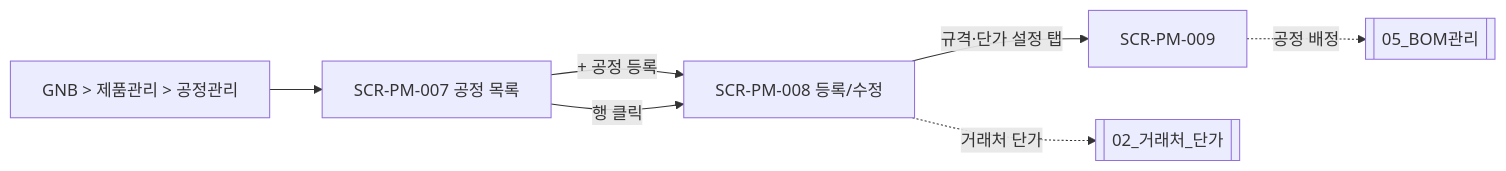
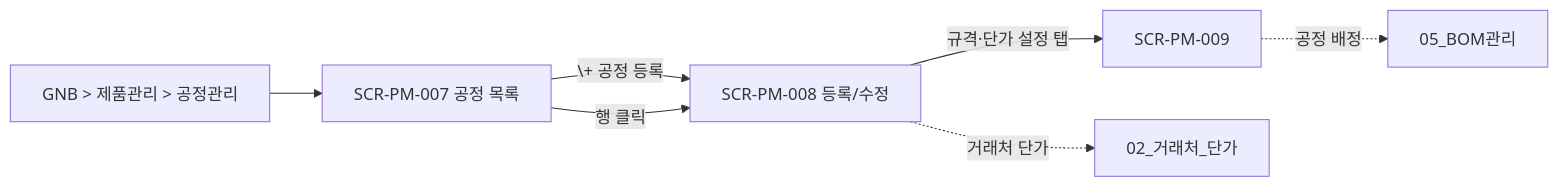
Before and after one commit to team-codecraft/wims2.0: the diagram in docs/3_DE(설계)/DE22-1_화면설계서/sections/03_공정관리.md, drawn with Mermaid. The commit also changed 10 other files, not shown here.

First line of the commit message:
chore: 잡동사니 변경 모음 — Mermaid 문법 수정, editor/package 설정, poc-mermaid 추가

````diff
--- a/docs/3_DE(설계)/DE22-1_화면설계서/sections/03_공정관리.md
+++ b/docs/3_DE(설계)/DE22-1_화면설계서/sections/03_공정관리.md
@@ -31,9 +31,9 @@
 ```mermaid
 flowchart LR
-  GNB[GNB > 제품관리 > 공정관리] --> L[SCR-PM-007 공정 목록]
-  L -->|+ 공정 등록| N[SCR-PM-008 등록/수정]
+  GNB["GNB > 제품관리 > 공정관리"] --> L[SCR-PM-007 공정 목록]
+  L -->|\+ 공정 등록| N[SCR-PM-008 등록/수정]
   L -->|행 클릭| N
   N -->|규격·단가 설정 탭| S[SCR-PM-009]
-  N -.거래처 단가.-> P[[02_거래처_단가]]
-  S -.공정 배정.-> B[[05_BOM관리]]
+  N -.거래처 단가.-> P[02_거래처_단가]
+  S -.공정 배정.-> B[05_BOM관리]
 ```
````
